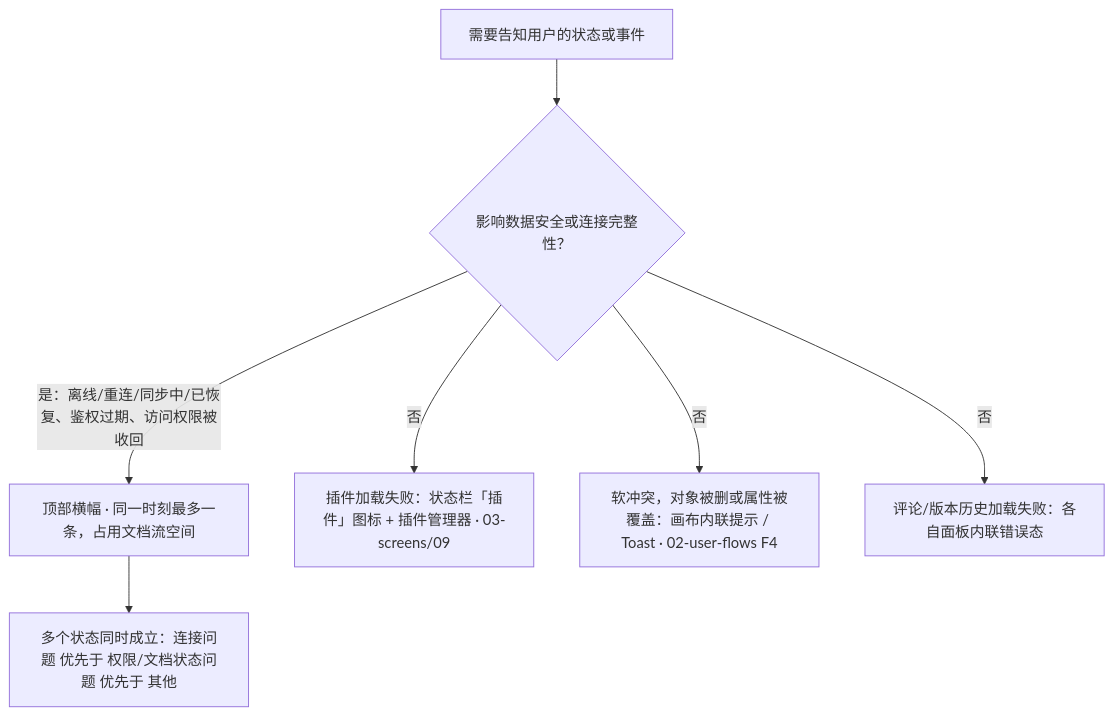
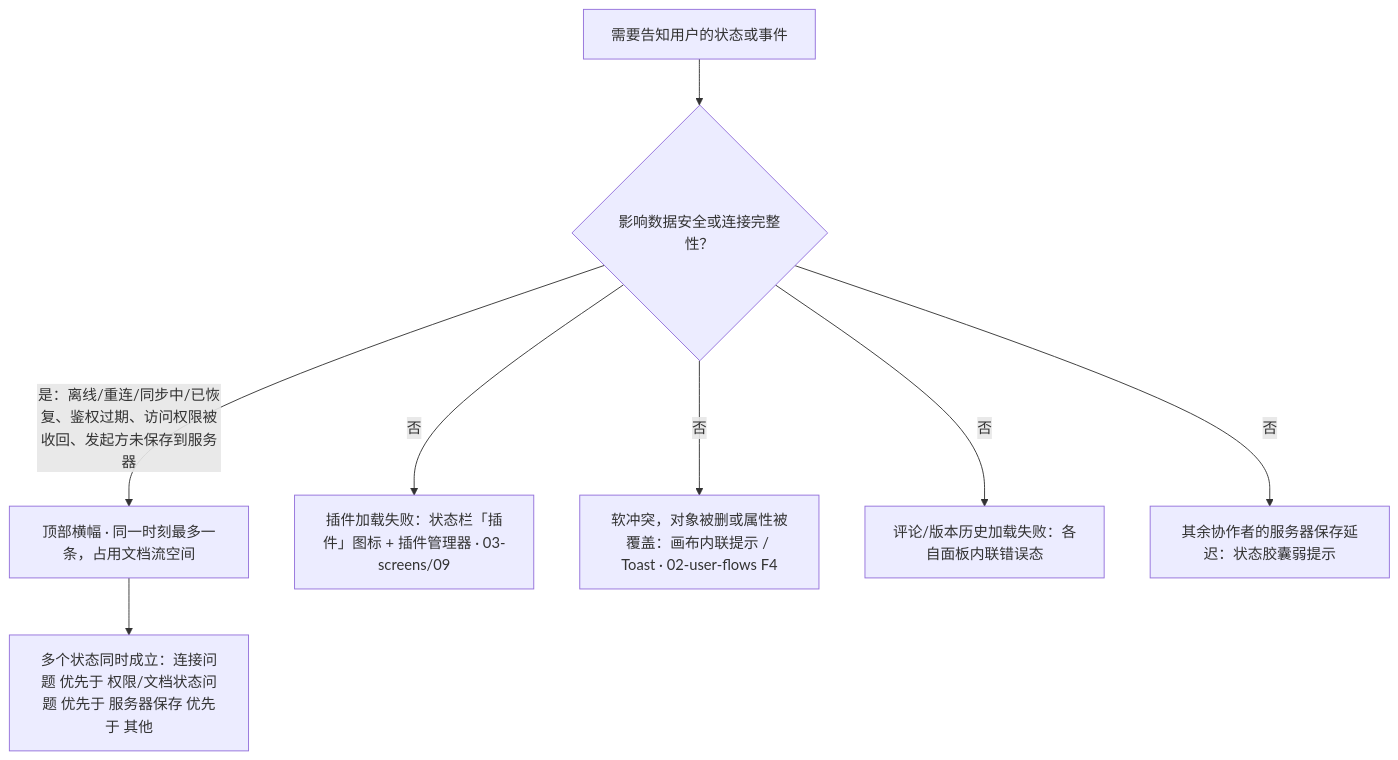
One commit to Xeonice/cordis-ppt-editor changed the third of 4 diagrams in docs/20-design/03-screens/12-offline-conflict-banner.md. Above: the diagram before and after it, drawn with Mermaid. The commit also changed other lines of this file and 79 other files, not shown here.

````diff
--- a/docs/20-design/03-screens/12-offline-conflict-banner.md
+++ b/docs/20-design/03-screens/12-offline-conflict-banner.md
@@ -158,16 +178,18 @@
 ```mermaid
 flowchart TB
   ev["需要告知用户的状态或事件"]
   q1{"影响数据安全或连接完整性？"}
   banner["顶部横幅 · 同一时刻最多一条，占用文档流空间"]
-  prio["多个状态同时成立：连接问题 优先于 权限/文档状态问题 优先于 其他"]
+  prio["多个状态同时成立：连接问题 优先于 权限/文档状态问题 优先于 服务器保存 优先于 其他"]
   plugin["插件加载失败：状态栏「插件」图标 + 插件管理器 · 03-screens/09"]
   soft["软冲突，对象被删或属性被覆盖：画布内联提示 / Toast · 02-user-flows F4"]
   panelErr["评论/版本历史加载失败：各自面板内联错误态"]
+  peerLag["其余协作者的服务器保存延迟：状态胶囊弱提示"]
   ev --> q1
-  q1 -->|"是：离线/重连/同步中/已恢复、鉴权过期、访问权限被收回"| banner
+  q1 -->|"是：离线/重连/同步中/已恢复、鉴权过期、访问权限被收回、发起方未保存到服务器"| banner
   banner --> prio
   q1 -->|"否"| plugin
   q1 -->|"否"| soft
   q1 -->|"否"| panelErr
+  q1 -->|"否"| peerLag
 ```
````
